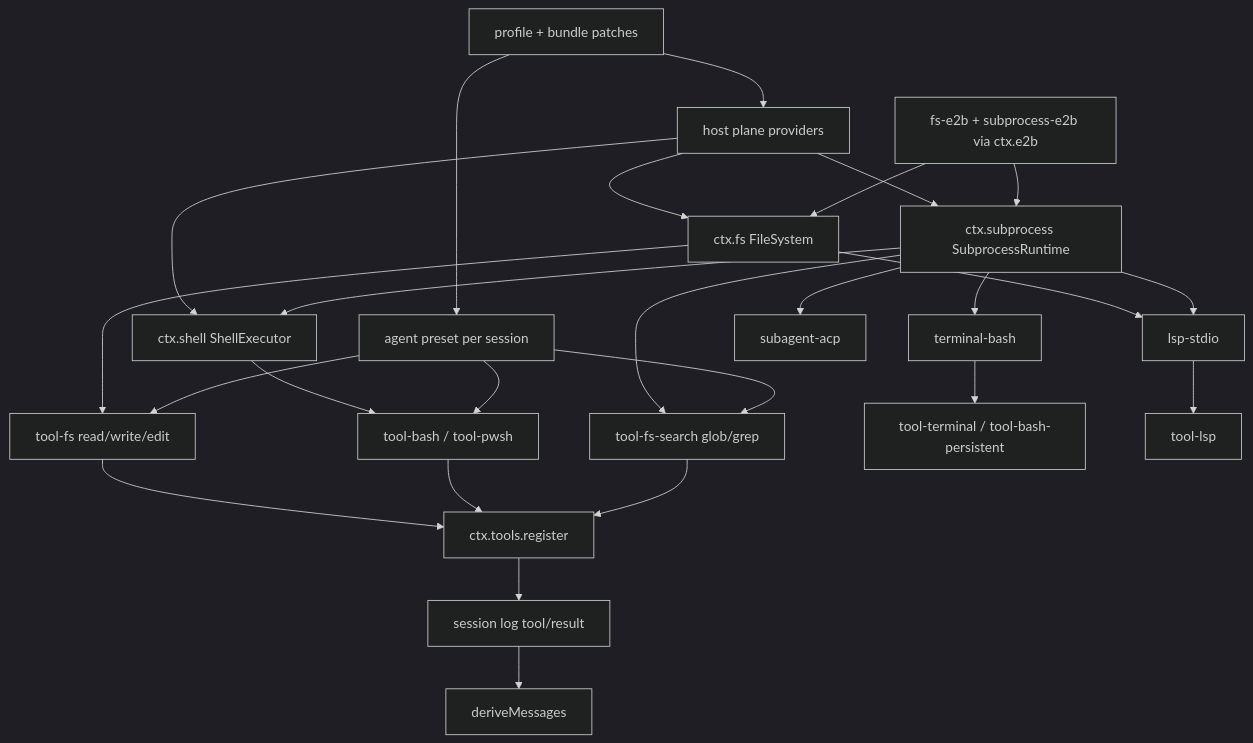
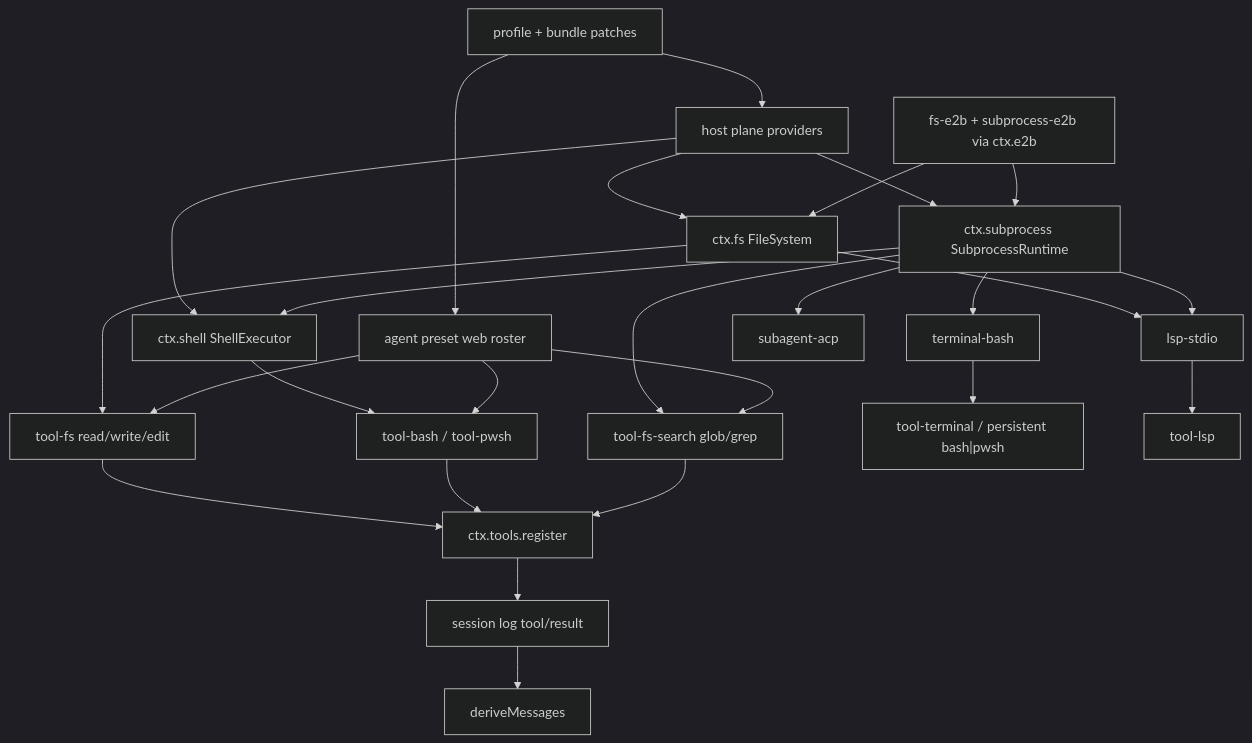
The diagram in docs/llm-wiki/deepseek-harness/spine/capability-seams.md (wdnmdtonyma/SOTA-Agent-LLM-Wiki), drawn with Mermaid (dark theme) before and after one commit. The commit also changed other lines of this file and 217 other files, not shown here.

````diff
--- a/docs/llm-wiki/deepseek-harness/spine/capability-seams.md
+++ b/docs/llm-wiki/deepseek-harness/spine/capability-seams.md
@@ -72,28 +74,28 @@
 ```mermaid
 flowchart TD
   Profile["profile + bundle patches"] --> Host["host plane providers"]
-  Profile --> Preset["agent preset per session"]
+  Profile --> Preset["agent preset web roster"]
   Host --> Fs["ctx.fs FileSystem"]
   Host --> Sub["ctx.subprocess SubprocessRuntime"]
   Host --> Shell["ctx.shell ShellExecutor"]
   Sub --> Shell
   Fs --> ToolFs["tool-fs read/write/edit"]
   Fs --> LspStdio["lsp-stdio"]
   Sub --> LspStdio
   Sub --> TermBash["terminal-bash"]
   Sub --> Search["tool-fs-search glob/grep"]
   Sub --> OutOfProc["subagent-acp"]
   Shell --> ToolBash["tool-bash / tool-pwsh"]
-  TermBash --> ToolTerm["tool-terminal / tool-bash-persistent"]
+  TermBash --> ToolTerm["tool-terminal / persistent bash|pwsh"]
   LspStdio --> ToolLsp["tool-lsp"]
   Preset --> ToolFs
   Preset --> ToolBash
   Preset --> Search
   ToolFs --> Tools["ctx.tools.register"]
   ToolBash --> Tools
   Search --> Tools
   Tools --> Log["session log tool/result"]
   Log --> Derive["deriveMessages"]
   Swap["fs-e2b + subprocess-e2b via ctx.e2b"] --> Fs
   Swap --> Sub
 ```
````
